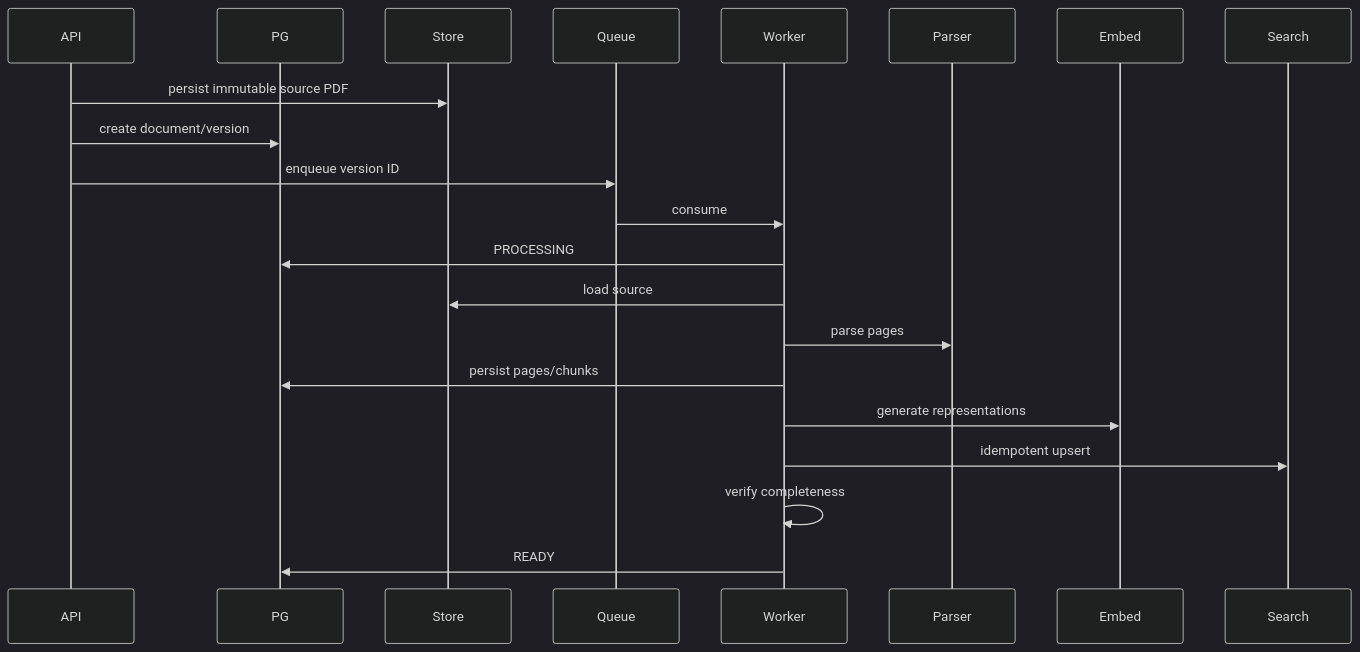
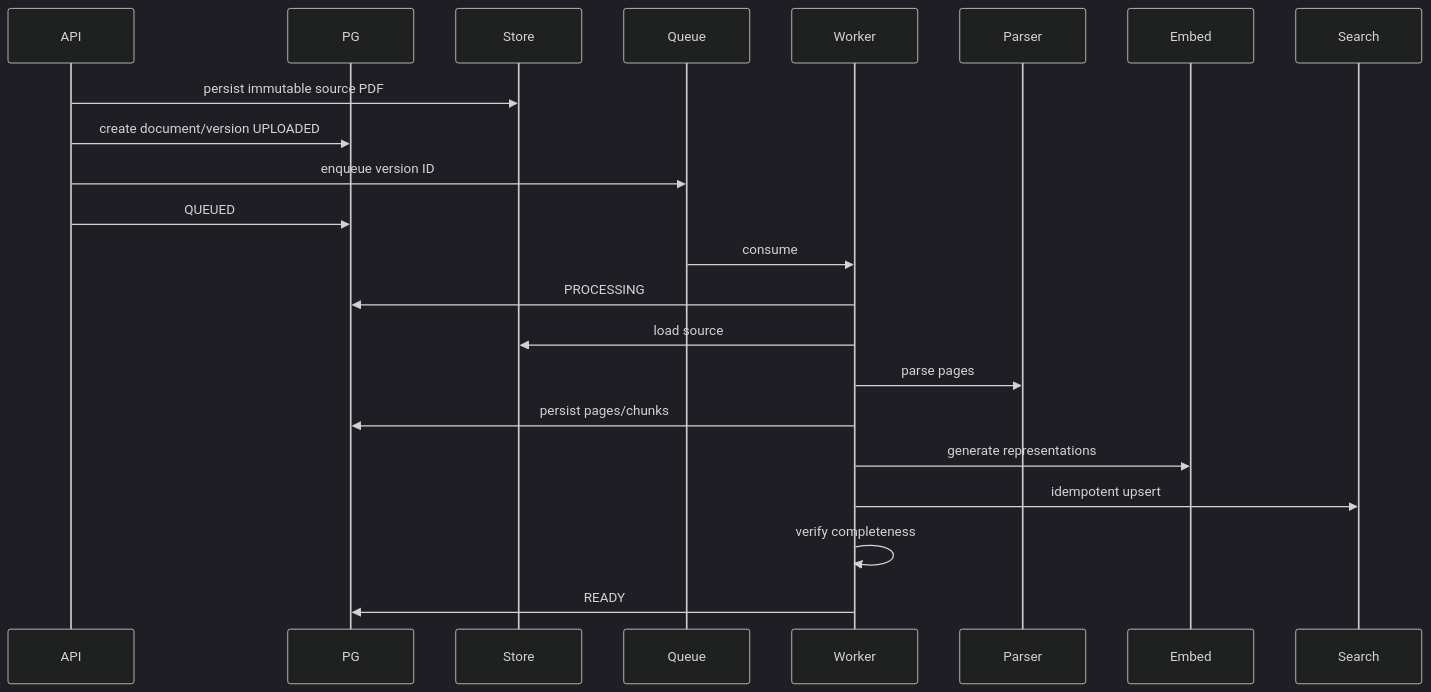
The second of 2 diagrams in docs/architecture/LLD.md (pranjulya/cited-RAG-Bot), drawn with Mermaid (dark theme) before and after one commit. The commit also changed other lines of this file and 45 other files, not shown here.

First line of the commit message:
docs: freeze V1 architecture contracts in ADR-011

````diff
--- a/docs/architecture/LLD.md
+++ b/docs/architecture/LLD.md
@@ -992,24 +1014,25 @@
 ```mermaid
 sequenceDiagram
     participant API
     participant PG
     participant Store
     participant Queue
     participant Worker
     participant Parser
     participant Embed
     participant Search
 
     API->>Store: persist immutable source PDF
-    API->>PG: create document/version
+    API->>PG: create document/version UPLOADED
     API->>Queue: enqueue version ID
+    API->>PG: QUEUED
     Queue->>Worker: consume
     Worker->>PG: PROCESSING
     Worker->>Store: load source
     Worker->>Parser: parse pages
     Worker->>PG: persist pages/chunks
     Worker->>Embed: generate representations
     Worker->>Search: idempotent upsert
     Worker->>Worker: verify completeness
     Worker->>PG: READY
 ```
````
